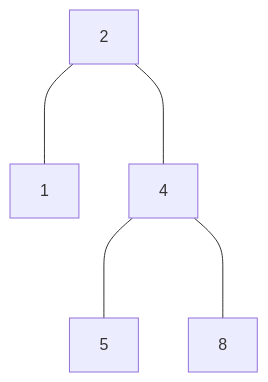
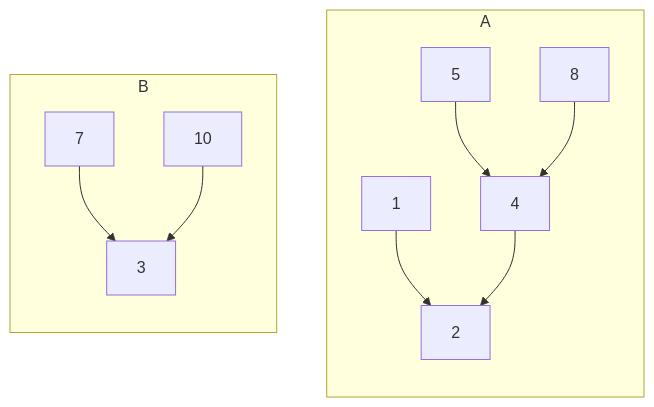
Before and after one commit to Tiggax/Zapiski: the diagram in 2. Letnik/Podatkovne strukture in algoritmi/vaje 22-12-2021.md, drawn with Mermaid. The commit also changed other lines of this file, not shown here.

Commit message:
flyingarchie backup: 2021-12-22 15:43:57

````diff
--- a/2. Letnik/Podatkovne strukture in algoritmi/vaje 22-12-2021.md
+++ b/2. Letnik/Podatkovne strukture in algoritmi/vaje 22-12-2021.md
@@ -3,6 +5,12 @@
 ```mermaid
-graph TB
-2<---1
-2<---4<---5
-4<---8
+graph BT
+subgraph A
+1-->2
+5-->4-->2
+8-->4
+end
+subgraph B
+7-->3
+10-->3
+end
 ```
````
